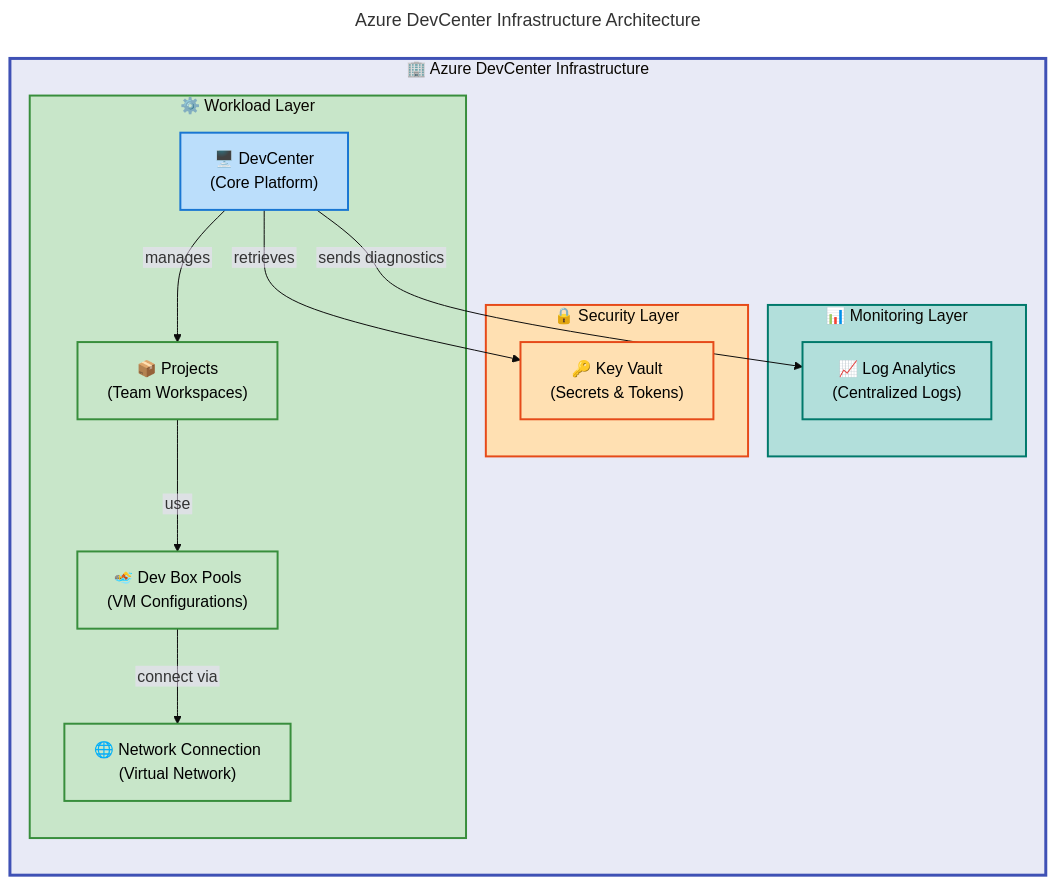
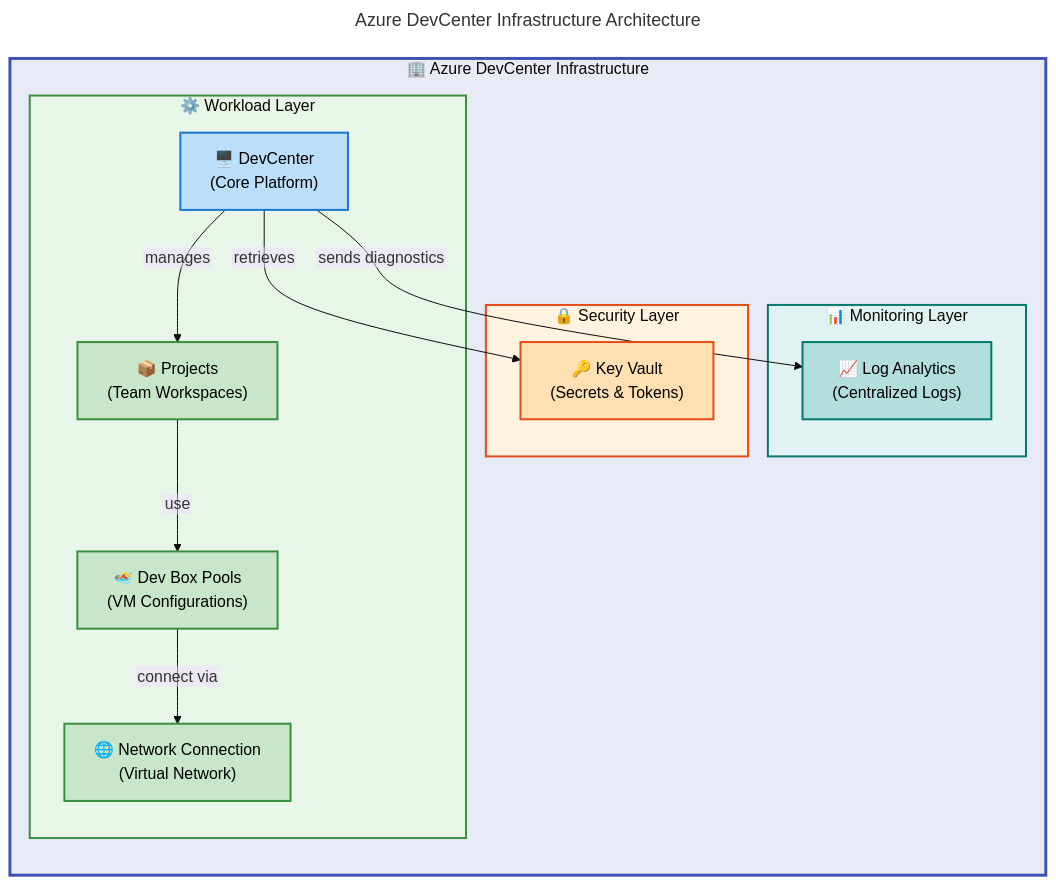
Before and after one commit to Evilazaro/DevExp-DevBox: the diagram in README.md, drawn with Mermaid.

Commit message:
Enhance Azure DevCenter Infrastructure Architecture diagram with improved descriptions, metadata, and semantic color schemes for better clarity and compliance.

````diff
--- a/README.md
+++ b/README.md
@@ -70,27 +70,44 @@
   theme: base
   flowchart:
     htmlLabels: false
+    nodeSpacing: 50
+    rankSpacing: 50
 ---
 flowchart TB
     accTitle: Azure DevCenter Infrastructure Architecture
-    accDescr: Shows security, monitoring, and workload layers with DevCenter projects and pools
+    accDescr: Three-layer architecture showing security isolation, centralized monitoring, and workload orchestration for Azure DevCenter with projects and pools
+
+    %% ═══════════════════════════════════════════════════════════════════════════
+    %% DIAGRAM METADATA
+    %% ═══════════════════════════════════════════════════════════════════════════
+    %% Title: Azure DevCenter Infrastructure Architecture
+    %% Purpose: Illustrate landing zone pattern with security, monitoring, workload layers
+    %% Version: 2.0.0
+    %% Updated: 2026-02-07
+    %% Complexity: 4 subgraphs, 6 nodes, 5 edges
+    %% Accessibility: WCAG AA compliant (4.5:1+ contrast ratios)
+    %% ═══════════════════════════════════════════════════════════════════════════
 
     %% ═══════════════════════════════════════════════════════════════════════════
     %% STANDARD COLOR SCHEME v2.1 - Material Design Compliant
     %% ═══════════════════════════════════════════════════════════════════════════
-    %% HIERARCHICAL (structural nesting):
+    %% HIERARCHICAL (structural nesting - 50-level for subgraphs):
     %%   Level 1: #E8EAF6 (Indigo 50) - Main container
     %%   Level 2: #C5CAE9 (Indigo 100) - Sub-containers
     %%   Level 3: #9FA8DA (Indigo 200) - Nested sections
-    %%   Level 4: #7986CB (Indigo 300) - Deep nested
-    %% SEMANTIC (functional purpose):
-    %%   Blue=#BBDEFB (Platform/Info), Green=#C8E6C9 (Workload/Success)
-    %%   Orange=#FFE0B2 (Security/Process), Teal=#B2DFDB (Data/Monitoring)
-    %%   Red=#FFCDD2 (Error/Critical), Yellow=#FFF9C4 (Warning/Attention)
+    %%   Level 4: #7986CB (Indigo 300) - Deep nested sections
+    %% SEMANTIC (functional purpose - 100-level for content nodes):
+    %%   Blue=#BBDEFB (Platform/Infrastructure), Green=#C8E6C9 (Workload/Success)
+    %%   Orange=#FFE0B2 (Security/Critical), Teal=#B2DFDB (Data/Monitoring)
+    %%   Red=#FFCDD2 (Error/Alert), Yellow=#FFF9C4 (Warning/Attention)
     %%   Purple=#E1BEE7 (Optional/Feature), Grey=#F5F5F5 (Inactive/Disabled)
+    %% SUBGRAPH FILLS (50-level matching content node families per MRM-C005):
+    %%   Orange family: #FFF3E0 (Orange 50) for security layer
+    %%   Teal family: #E0F2F1 (Teal 50) for monitoring layer
+    %%   Green family: #E8F5E9 (Green 50) for workload layer
     %% ═══════════════════════════════════════════════════════════════════════════
 
-    %% Full classDef palette (14 required)
+    %% Complete classDef palette (14 definitions)
     classDef level1Group fill:#E8EAF6,stroke:#3F51B5,stroke-width:3px,color:#000
     classDef level2Group fill:#C5CAE9,stroke:#3F51B5,stroke-width:2px,color:#000
     classDef level3Group fill:#9FA8DA,stroke:#3F51B5,stroke-width:2px,color:#000
@@ -131,11 +148,13 @@
         pools -->|"connect via"| net
     end
 
-    %% SUBGRAPH STYLING (4 subgraphs = 4 style directives)
+    %% ═══════════════════════════════════════════════════════════════════════════
+    %% SUBGRAPH STYLING - 4 subgraphs = 4 style directives (MRM-S001 compliant)
+    %% ═══════════════════════════════════════════════════════════════════════════
+    %% Main container: Level 1 hierarchical color
     style system fill:#E8EAF6,stroke:#3F51B5,stroke-width:3px
-    style security fill:#FFE0B2,stroke:#E64A19,stroke-width:2px
-    style monitoring fill:#B2DFDB,stroke:#00796B,stroke-width:2px
-    style workload fill:#C8E6C9,stroke:#388E3C,stroke-width:2px
-
-    %% Accessibility: WCAG AA verified (4.5:1 contrast ratio)
+    %% Semantic layers: 50-level fills matching content node families (MRM-C005)
+    style security fill:#FFF3E0,stroke:#E64A19,stroke-width:2px
+    style monitoring fill:#E0F2F1,stroke:#00796B,stroke-width:2px
+    style workload fill:#E8F5E9,stroke:#388E3C,stroke-width:2px
 ```
````
